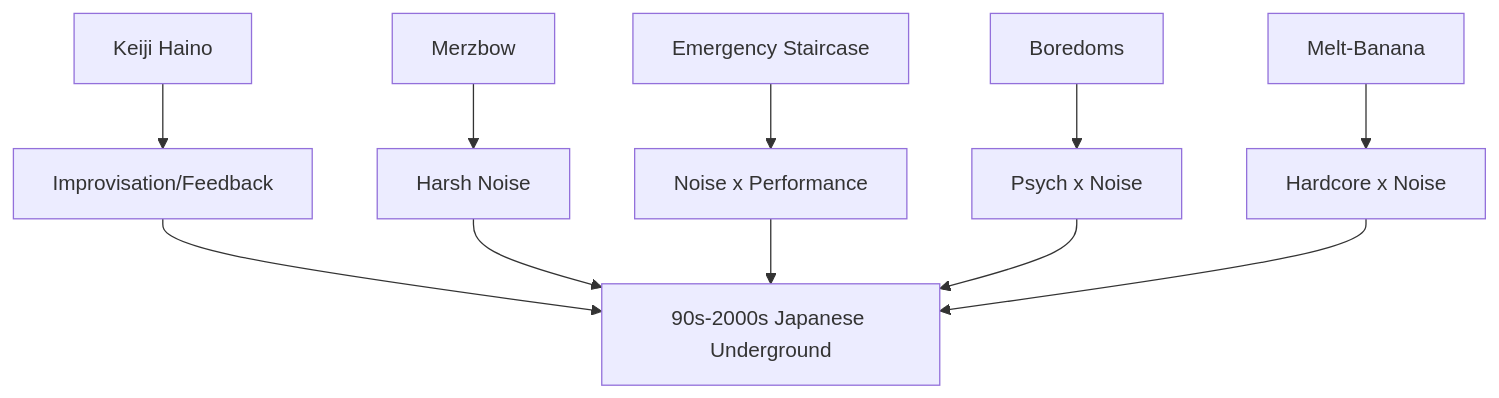
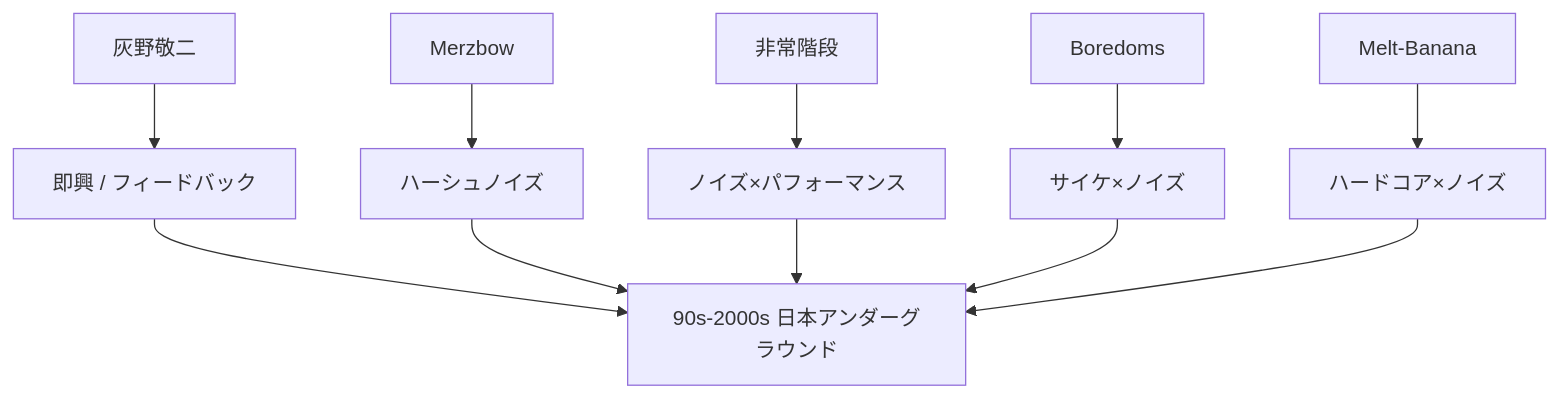
The diagram in en/_posts/2025-09-24-Column-Japanese-Underground-Rock-Noise.md (monumental-movement/monumental-movement.github.io), drawn with Mermaid before and after one commit. The commit also changed other lines of this file and 1701 other files, not shown here.

```diff
--- a/en/_posts/2025-09-24-Column-Japanese-Underground-Rock-Noise.md
+++ b/en/_posts/2025-09-24-Column-Japanese-Underground-Rock-Noise.md
@@ -144,13 +140,13 @@
 <div class="mermaid">
 flowchart TD
-A["Keiji Haino"] --> B["Improvisation/Feedback"]
-C["Merzbow"] --> D["Harsh Noise"]
-E["Emergency Staircase"] --> F["Noise x Performance"]
-G["Boredoms"] --> H["Psych x Noise"]
-I["Melt-Banana"] --> J["Hardcore x Noise"]
-B --> Z["90s-2000s Japanese Underground"]
-D --> Z
-F --> Z
-H --> Z
-J --> Z
+    A["灰野敬二"] --> B["即興 / フィードバック"]
+    C["Merzbow"] --> D["ハーシュノイズ"]
+    E["非常階段"] --> F["ノイズ×パフォーマンス"]
+    G["Boredoms"] --> H["サイケ×ノイズ"]
+    I["Melt-Banana"] --> J["ハードコア×ノイズ"]
+    B --> Z["90s-2000s 日本アンダーグラウンド"]
+    D --> Z
+    F --> Z
+    H --> Z
+    J --> Z
 </div>
```
